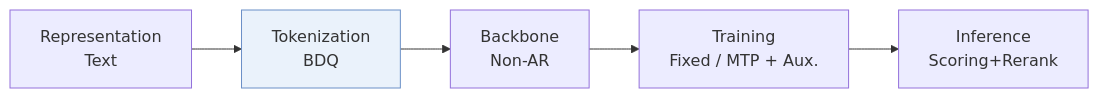
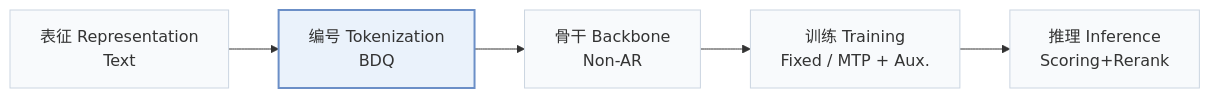
Before and after one commit to Galaxy-ghost/Awesome-SID-Generative-Rec: the first of 2 diagrams in pages/zh/papers/topogr.md, drawn with Mermaid. The commit also changed other lines of this file and 649 other files, not shown here.

Commit message:
writer-05: also tags and modality index (schema, check, build, visuals); summary field removed; calibration data for 12 papers

````diff
--- a/pages/zh/papers/topogr.md
+++ b/pages/zh/papers/topogr.md
@@ -13,6 +15,8 @@
 ```mermaid
 flowchart LR
-    R["Representation<br/>Text"] --> T["Tokenization<br/>BDQ"] --> B["Backbone<br/>Non-AR"] --> TR["Training<br/>Fixed / MTP + Aux."] --> I["Inference<br/>Scoring+Rerank"]
-    classDef main fill:#eaf2fb,stroke:#6b8fc7
+    R["表征 Representation<br/>Text"] --> T["编号 Tokenization<br/>BDQ"] --> B["骨干 Backbone<br/>Non-AR"] --> TR["训练 Training<br/>Fixed / MTP + Aux."] --> I["推理 Inference<br/>Scoring+Rerank"]
+    classDef base fill:#f8fafc,stroke:#cbd5e1
+    class R,T,B,TR,I base
+    classDef main fill:#eaf2fb,stroke:#6b8fc7,stroke-width:2px
     class T main
 ```
````
